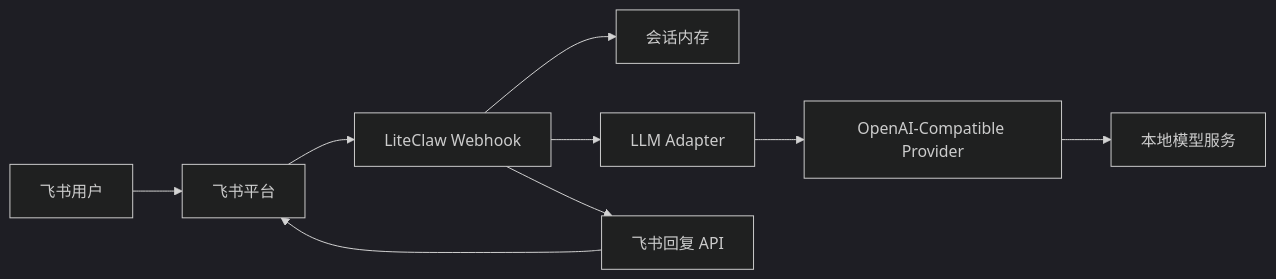
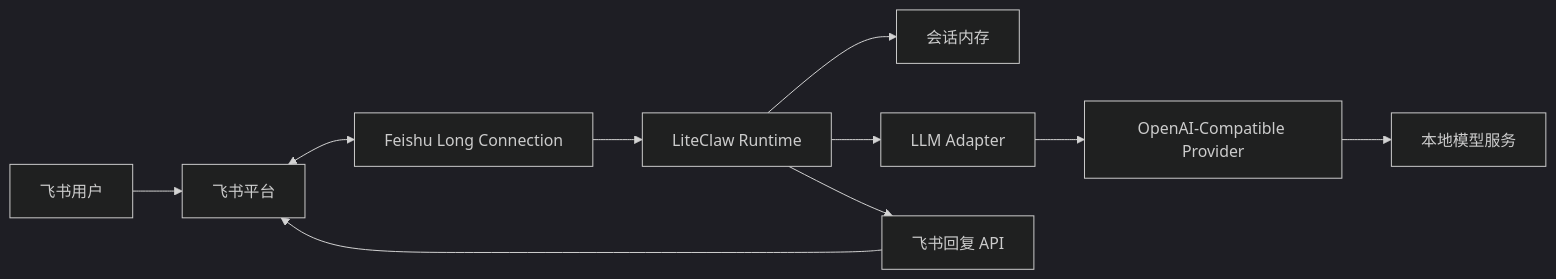
The diagram in README.md (WarrenJones/liteClaw), drawn with Mermaid (dark theme) before and after one commit. The commit also changed other lines of this file and 12 other files, not shown here.

Commit message:
Add Feishu long-connection MVP flow

````diff
--- a/README.md
+++ b/README.md
@@ -53,11 +56,12 @@
 ```mermaid
 flowchart LR
     U["飞书用户"] --> F["飞书平台"]
-    F --> W["LiteClaw Webhook"]
-    W --> M["会话内存"]
-    W --> L["LLM Adapter"]
+    F <--> W["Feishu Long Connection"]
+    W --> R["LiteClaw Runtime"]
+    R --> M["会话内存"]
+    R --> L["LLM Adapter"]
     L --> P["OpenAI-Compatible Provider"]
     P --> S["本地模型服务"]
-    W --> R["飞书回复 API"]
-    R --> F
+    R --> A["飞书回复 API"]
+    A --> F
 ```
````
